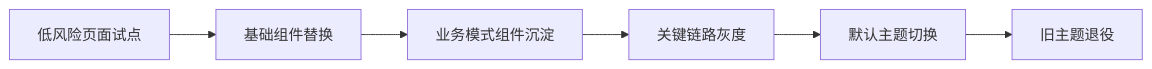
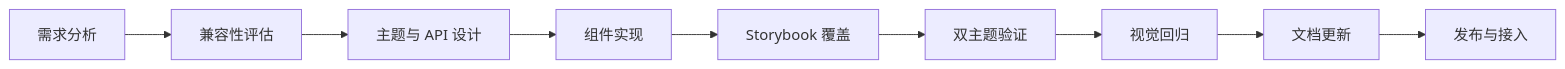
One commit to Lee-NG915/cBlog changed the sixth of 6 diagrams in content/posts/technical/2026/design-system-cdd-practice/index.md. Above: the diagram before and after it, drawn with Mermaid. The commit also changed other lines of this file, not shown here.

````diff
--- a/content/posts/technical/2026/design-system-cdd-practice/index.md
+++ b/content/posts/technical/2026/design-system-cdd-practice/index.md
@@ -178,8 +370,11 @@
 ```mermaid
 flowchart LR
-  A["低风险页面试点"] --> B["基础组件替换"]
-  B --> C["业务模式组件沉淀"]
-  C --> D["关键链路灰度"]
-  D --> E["默认主题切换"]
-  E --> F["旧主题退役"]
+  A["需求分析"] --> B["兼容性评估"]
+  B --> C["主题与 API 设计"]
+  C --> D["组件实现"]
+  D --> E["Storybook 覆盖"]
+  E --> F["双主题验证"]
+  F --> G["视觉回归"]
+  G --> H["文档更新"]
+  H --> I["发布与接入"]
 ```
````
